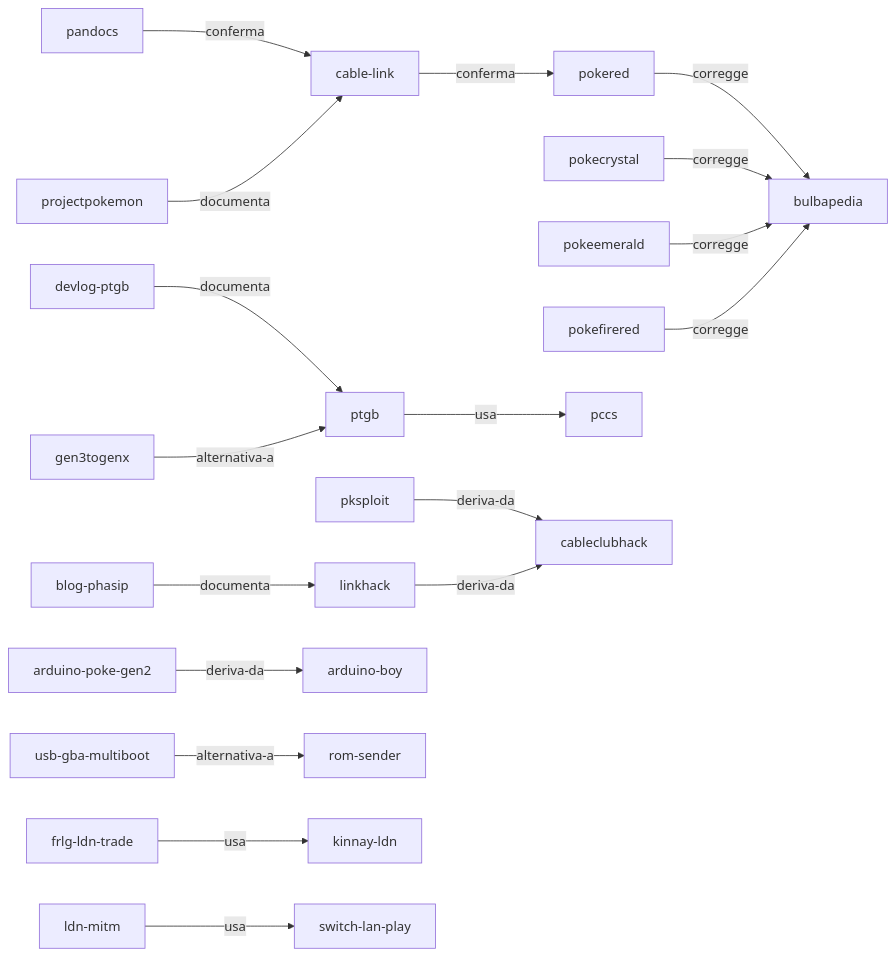
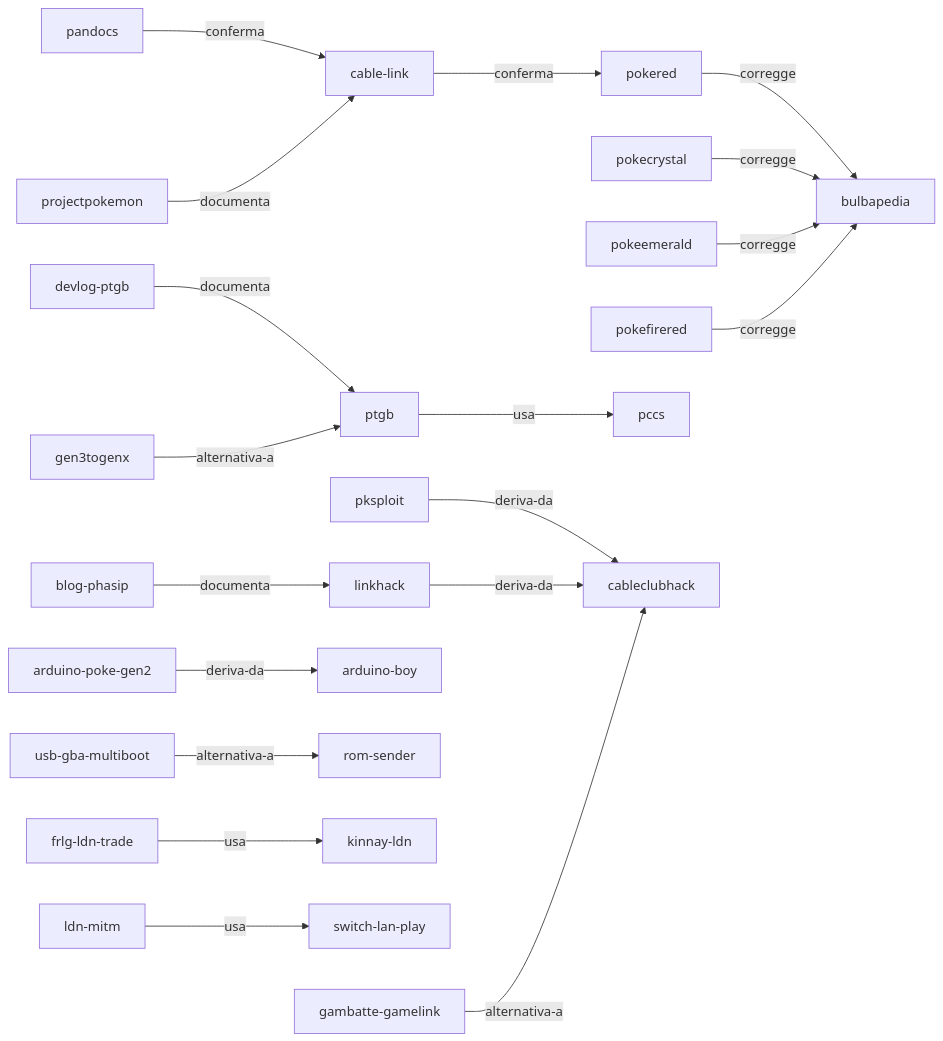
One commit to alesop95/retrogame-mod-pok-dev changed the diagram in docs/fonti/index-fonti.md. Above: the diagram before and after it, drawn with Mermaid. The commit also changed other lines of this file and 19 other files, not shown here.

````diff
--- a/docs/fonti/index-fonti.md
+++ b/docs/fonti/index-fonti.md
@@ -15,20 +15,21 @@
 ```mermaid
 graph LR
   pokered -- corregge --> bulbapedia
   pokecrystal -- corregge --> bulbapedia
   pokeemerald -- corregge --> bulbapedia
   pokefirered -- corregge --> bulbapedia
   pandocs -- conferma --> cable-link
   devlog-ptgb -- documenta --> ptgb
   ptgb -- usa --> pccs
   gen3togenx -- alternativa-a --> ptgb
   cable-link -- conferma --> pokered
   pksploit -- deriva-da --> cableclubhack
   linkhack -- deriva-da --> cableclubhack
   blog-phasip -- documenta --> linkhack
   arduino-poke-gen2 -- deriva-da --> arduino-boy
   usb-gba-multiboot -- alternativa-a --> rom-sender
   frlg-ldn-trade -- usa --> kinnay-ldn
   ldn-mitm -- usa --> switch-lan-play
+  gambatte-gamelink -- alternativa-a --> cableclubhack
   projectpokemon -- documenta --> cable-link
 ```
````
